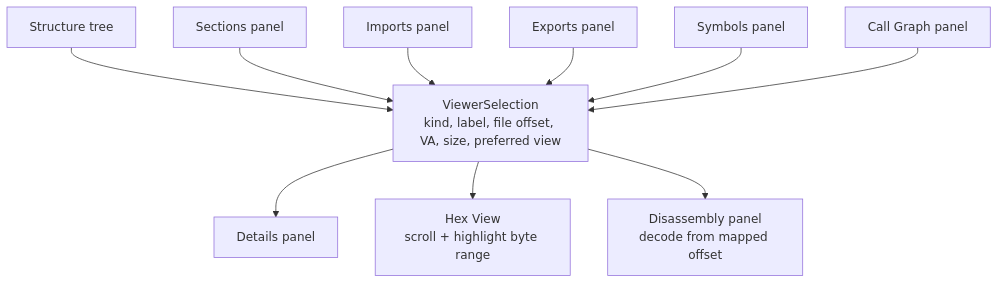
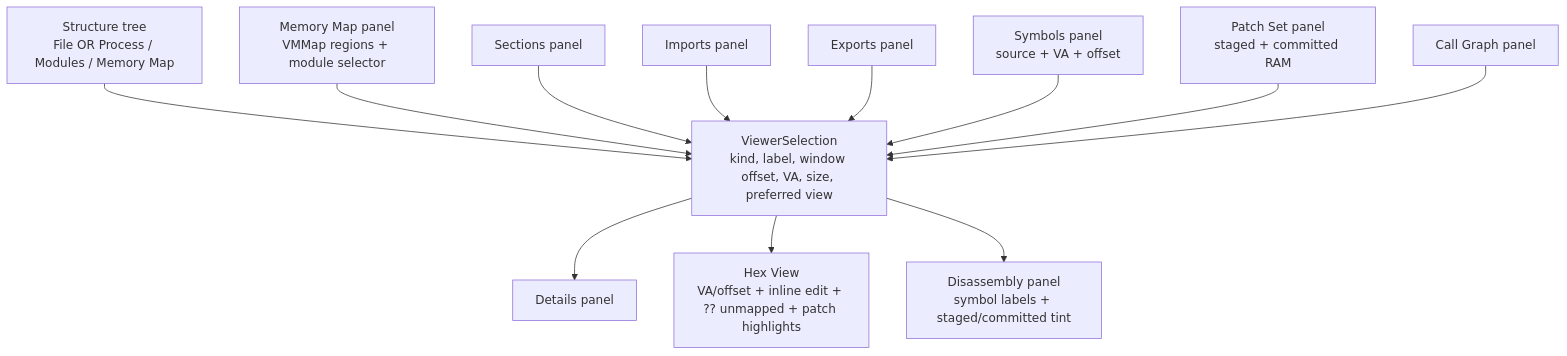
Before and after one commit to wsollers/exe_viewer: the fourth of 8 diagrams in docs/ARCHITECTURE.md, drawn with Mermaid. The commit also changed other lines of this file and 35 other files, not shown here.

First line of the commit message:
live process memmap explorer, rebased symbols, and staged RAM patching implemented and tested

````diff
--- a/docs/ARCHITECTURE.md
+++ b/docs/ARCHITECTURE.md
@@ -61,26 +94,30 @@
 ```mermaid
 flowchart TD
-    structure["Structure tree"]
+    structure["Structure tree<br/>File OR Process / Modules / Memory Map"]
+    memmap["Memory Map panel<br/>VMMap regions + module selector"]
     sections["Sections panel"]
     imports["Imports panel"]
     exports["Exports panel"]
-    symbolsPanel["Symbols panel"]
+    symbolsPanel["Symbols panel<br/>source + VA + offset"]
+    patchPanel["Patch Set panel<br/>staged + committed RAM"]
     graphPanel["Call Graph panel"]
 
-    selection["ViewerSelection<br/>kind, label, file offset, VA, size, preferred view"]
+    selection["ViewerSelection<br/>kind, label, window offset, VA, size, preferred view"]
 
     details["Details panel"]
-    hex["Hex View<br/>scroll + highlight byte range"]
-    disasmPanel["Disassembly panel<br/>decode from mapped offset"]
+    hex["Hex View<br/>VA/offset + inline edit + ?? unmapped + patch highlights"]
+    disasmPanel["Disassembly panel<br/>symbol labels + staged/committed tint"]
 
     structure --> selection
+    memmap --> selection
     sections --> selection
     imports --> selection
     exports --> selection
     symbolsPanel --> selection
+    patchPanel --> selection
     graphPanel --> selection
 
     selection --> details
     selection --> hex
     selection --> disasmPanel
 ```
````
